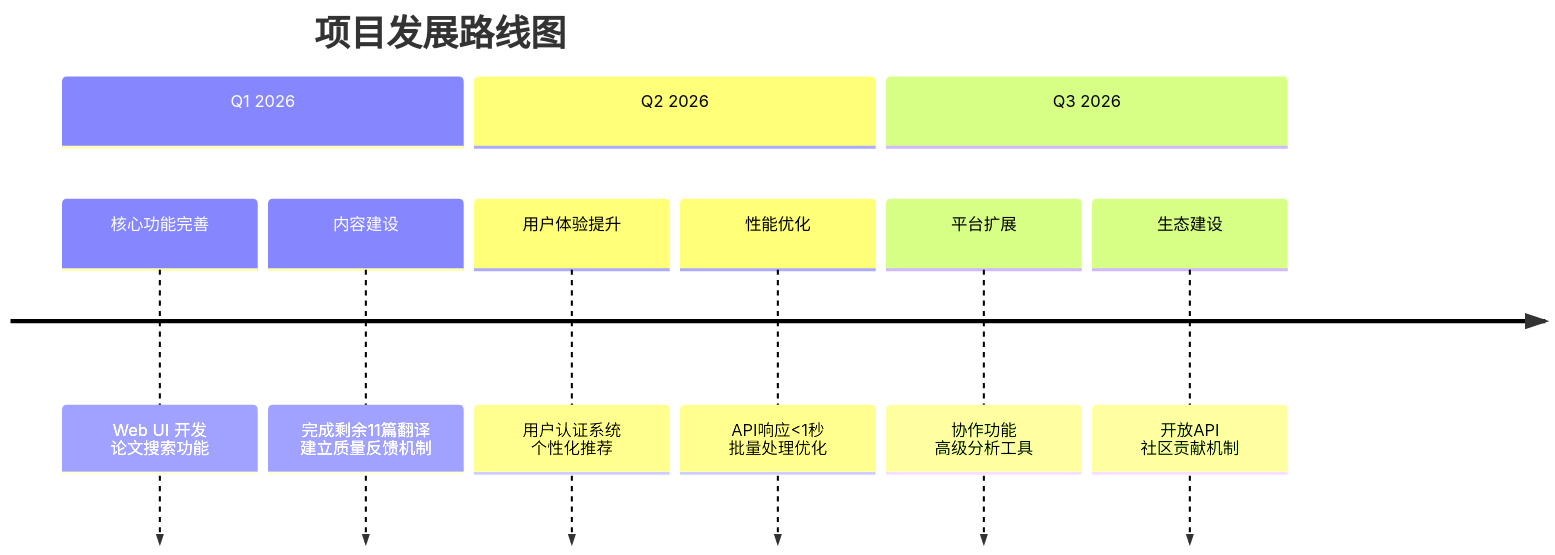
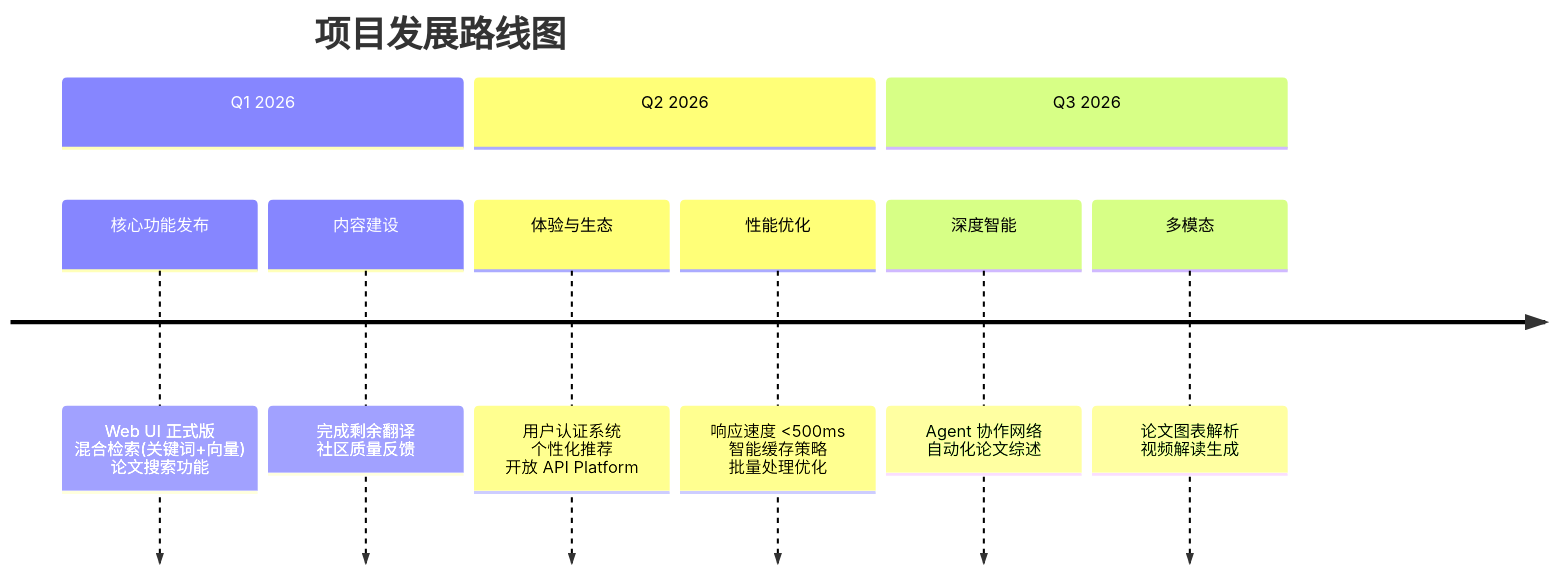
One commit to ThreeFish-AI/agentic-ai-cognizes changed the fourth of 6 diagrams in docs/000-roadmap.md. Above: the diagram before and after it, drawn with Mermaid. The commit also changed other lines of this file and 1 other file, not shown here.

First line of the commit message:
docs(Documentation): 更新提示词和路线图文档;

````diff
--- a/docs/000-roadmap.md
+++ b/docs/000-roadmap.md
@@ -133,13 +139,13 @@
 ```mermaid
 timeline
     title 项目发展路线图
     section Q1 2026
-        核心功能完善 : Web UI 开发<br>论文搜索功能
-        内容建设 : 完成剩余11篇翻译<br>建立质量反馈机制
+        核心功能发布 : Web UI 正式版<br>混合检索(关键词+向量)<br>论文搜索功能
+        内容建设 : 完成剩余翻译<br>社区质量反馈
     section Q2 2026
-        用户体验提升 : 用户认证系统<br>个性化推荐
-        性能优化 : API响应<1秒<br>批量处理优化
+        体验与生态 : 用户认证系统<br>个性化推荐<br>开放 API Platform
+        性能优化 : 响应速度 <500ms<br>智能缓存策略<br>批量处理优化
     section Q3 2026
-        平台扩展 : 协作功能<br>高级分析工具
-        生态建设 : 开放API<br>社区贡献机制
+        深度智能 : Agent 协作网络<br>自动化论文综述
+        多模态 : 论文图表解析<br>视频解读生成
 ```
````
